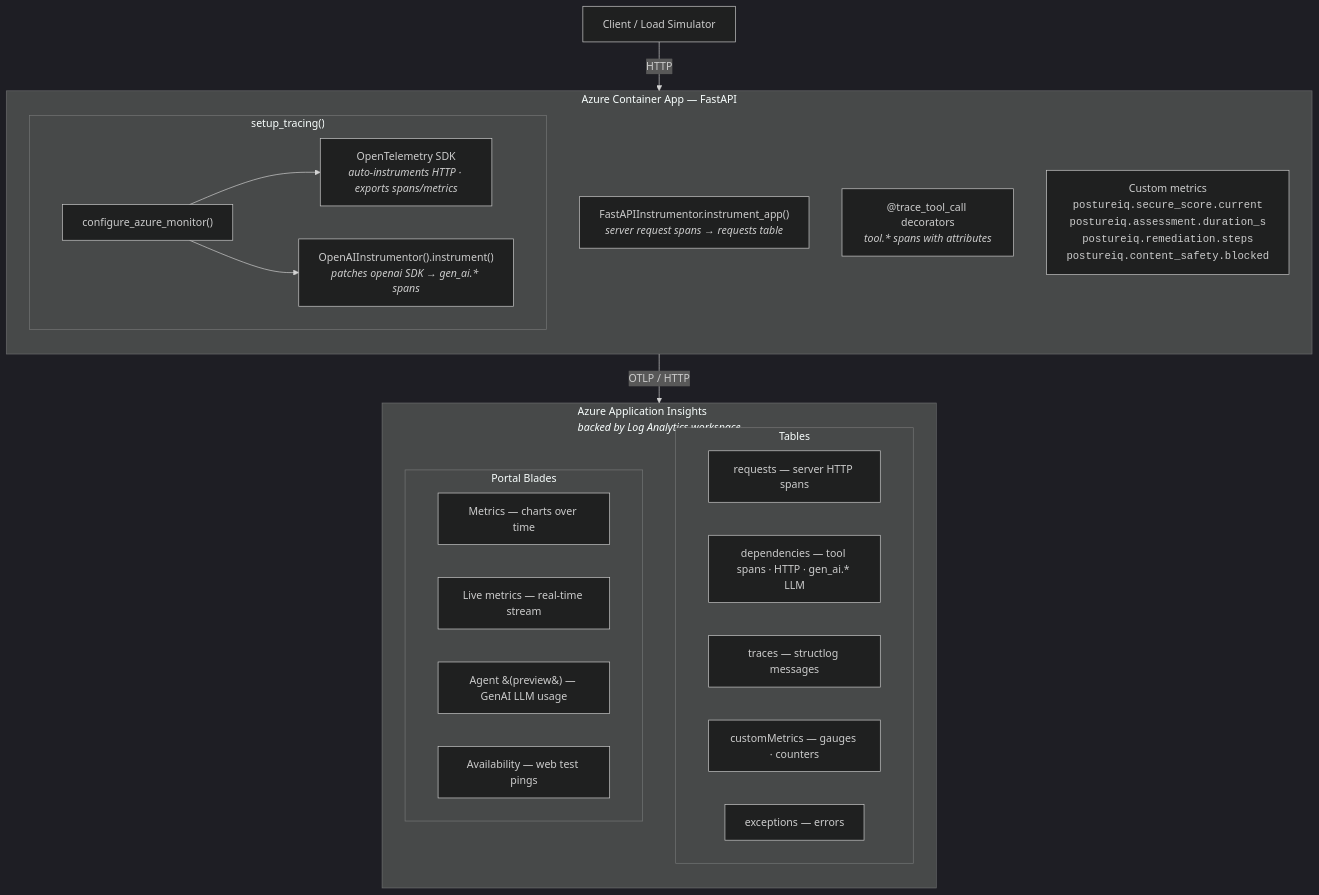
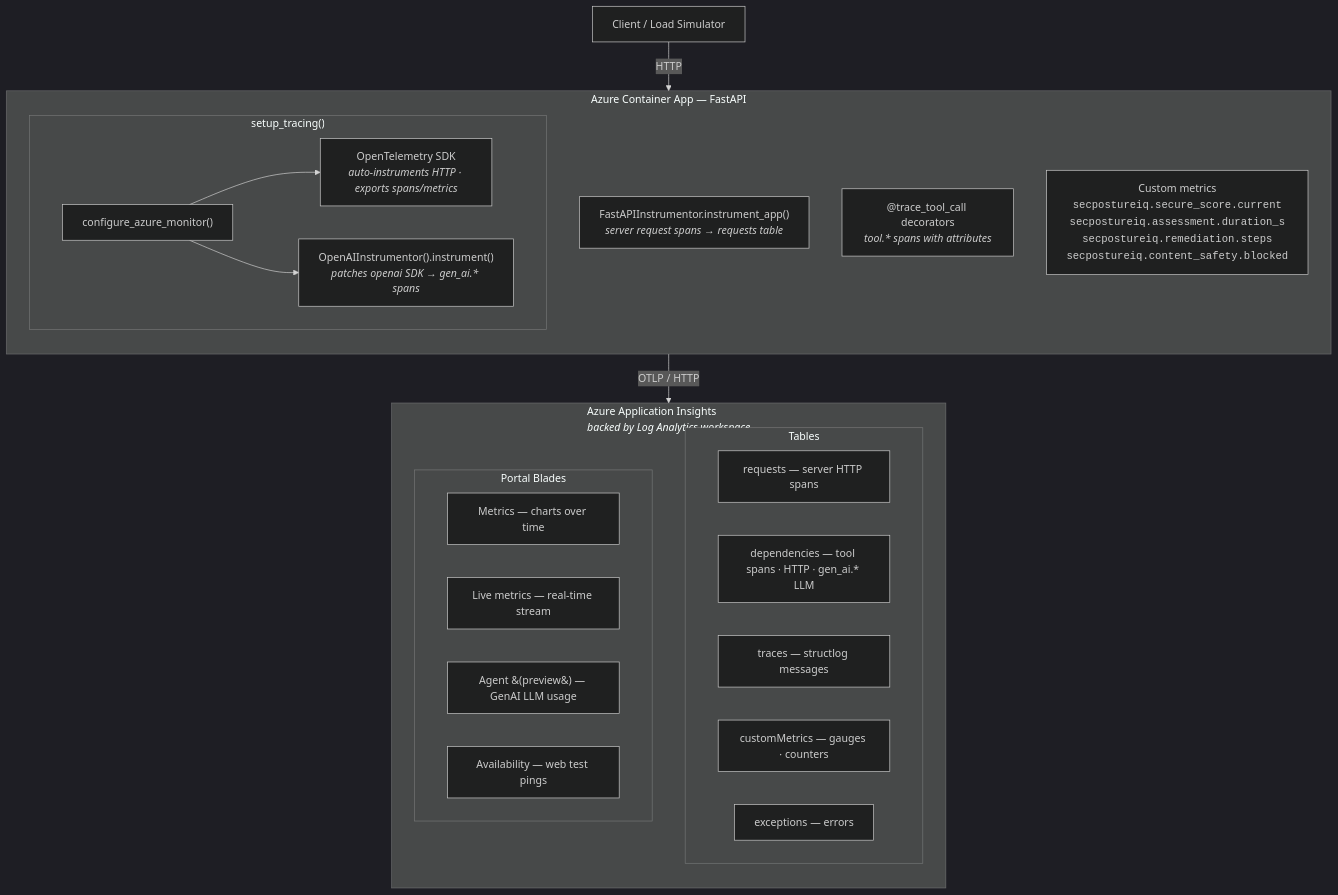
One commit to 9owlsboston/posture-iq changed the diagram in docs/app-insights-guide.md. Above: the diagram before and after it, drawn with Mermaid (dark theme). The commit also changed other lines of this file and 85 other files, not shown here.

````diff
--- a/docs/app-insights-guide.md
+++ b/docs/app-insights-guide.md
@@ -23,38 +23,38 @@
 ```mermaid
 flowchart TB
     Client["Client / Load Simulator"]
 
     subgraph ACA["Azure Container App — FastAPI"]
         direction TB
         subgraph Init["setup_tracing()"]
             CAM["configure_azure_monitor()"]
             OTel["OpenTelemetry SDK<br/><i>auto-instruments HTTP · exports spans/metrics</i>"]
             GenAI["OpenAIInstrumentor().instrument()<br/><i>patches openai SDK → gen_ai.* spans</i>"]
             CAM --> OTel
             CAM --> GenAI
         end
         FAPI["FastAPIInstrumentor.instrument_app()<br/><i>server request spans → requests table</i>"]
         Tools["@trace_tool_call decorators<br/><i>tool.* spans with attributes</i>"]
-        Metrics["Custom metrics<br/><code>postureiq.secure_score.current</code><br/><code>postureiq.assessment.duration_s</code><br/><code>postureiq.remediation.steps</code><br/><code>postureiq.content_safety.blocked</code>"]
+        Metrics["Custom metrics<br/><code>secpostureiq.secure_score.current</code><br/><code>secpostureiq.assessment.duration_s</code><br/><code>secpostureiq.remediation.steps</code><br/><code>secpostureiq.content_safety.blocked</code>"]
     end
 
     subgraph AI["Azure Application Insights<br/><i>backed by Log Analytics workspace</i>"]
         direction TB
         subgraph Tables["Tables"]
             Req["requests — server HTTP spans"]
             Dep["dependencies — tool spans · HTTP · gen_ai.* LLM"]
             Tr["traces — structlog messages"]
             CM["customMetrics — gauges · counters"]
             Ex["exceptions — errors"]
         end
         subgraph Blades["Portal Blades"]
             BMetrics["Metrics — charts over time"]
             BLive["Live metrics — real-time stream"]
             BAgent["Agent &#40;preview&#41; — GenAI LLM usage"]
             BAvail["Availability — web test pings"]
         end
     end
 
     Client -->|HTTP| ACA
     ACA -->|OTLP / HTTP| AI
 ```
````
